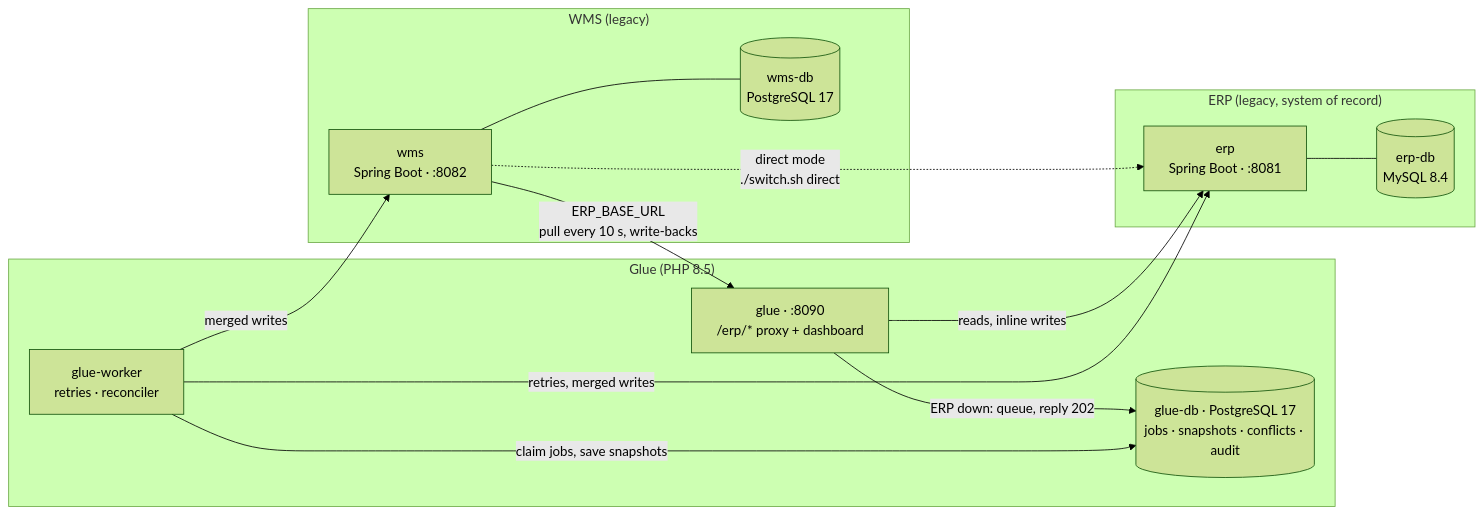
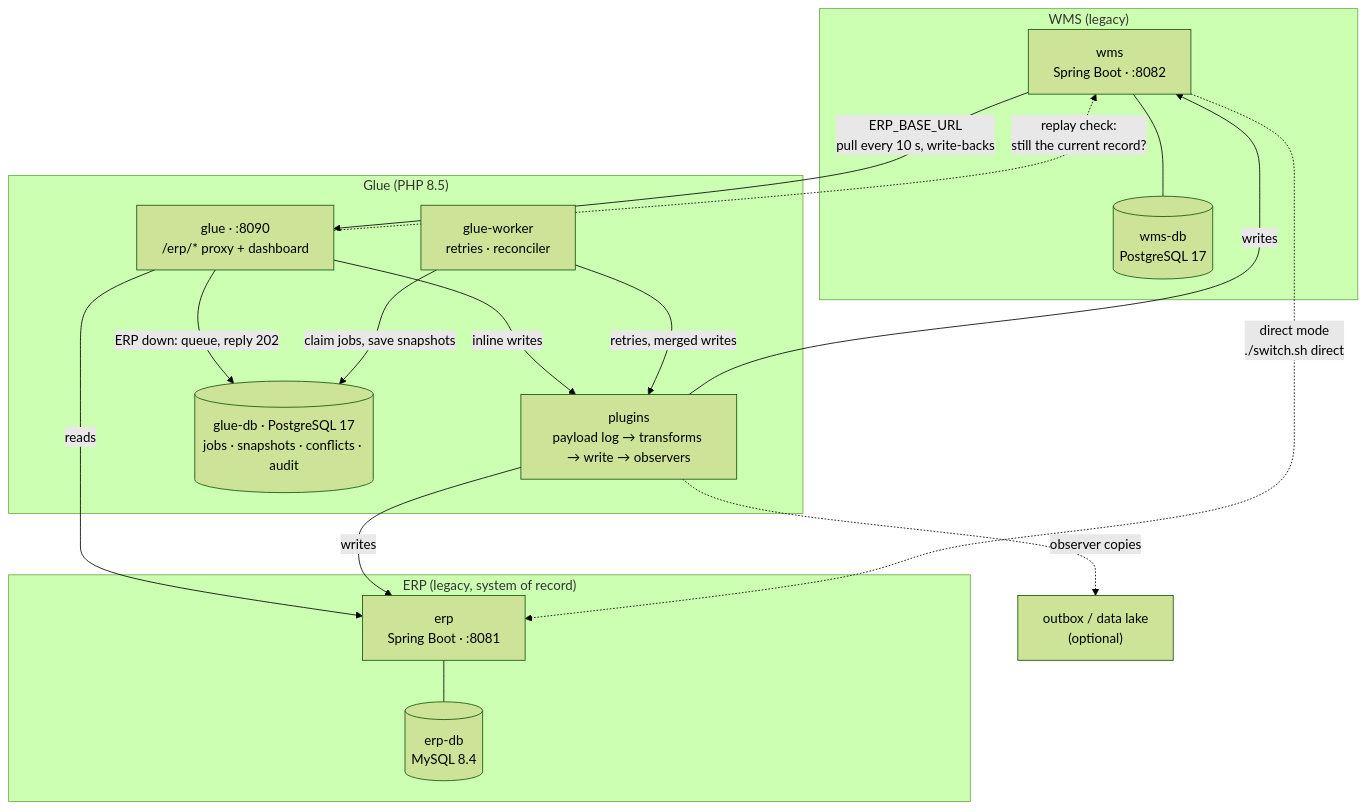
One commit to robert-schmidt/glue-service changed the first of 3 diagrams in README.md. Above: the diagram before and after it, drawn with Mermaid (forest theme). The commit also changed other lines of this file and 1 other file, not shown here.

Commit message:
README: diagrams show plugins and the replay check

````diff
--- a/README.md
+++ b/README.md
@@ -5,25 +5,31 @@
 ```mermaid
-flowchart LR
+flowchart TB
   subgraph W["WMS (legacy)"]
     WMS["wms<br/>Spring Boot · :8082"]
     WDB[("wms-db<br/>PostgreSQL 17")]
   end
   subgraph G["Glue (PHP 8.5)"]
     PROXY["glue · :8090<br/>/erp/* proxy + dashboard"]
     WORKER["glue-worker<br/>retries · reconciler"]
+    PLUG["plugins<br/>payload log → transforms → write → observers"]
     GDB[("glue-db · PostgreSQL 17<br/>jobs · snapshots · conflicts · audit")]
   end
   subgraph E["ERP (legacy, system of record)"]
     ERP["erp<br/>Spring Boot · :8081"]
     EDB[("erp-db<br/>MySQL 8.4")]
   end
+  OUT["outbox / data lake<br/>(optional)"]
   WMS --- WDB
   ERP --- EDB
   WMS -- "ERP_BASE_URL<br/>pull every 10 s, write-backs" --> PROXY
-  PROXY -- "reads, inline writes" --> ERP
+  PROXY -- "reads" --> ERP
+  PROXY -. "replay check:<br/>still the current record?" .-> WMS
   PROXY -- "ERP down: queue, reply 202" --> GDB
   WORKER -- "claim jobs, save snapshots" --> GDB
-  WORKER -- "retries, merged writes" --> ERP
-  WORKER -- "merged writes" --> WMS
+  PROXY -- "inline writes" --> PLUG
+  WORKER -- "retries, merged writes" --> PLUG
+  PLUG -- "writes" --> ERP
+  PLUG -- "writes" --> WMS
+  PLUG -. "observer copies" .-> OUT
   WMS -. "direct mode<br/>./switch.sh direct" .-> ERP
 ```
````
